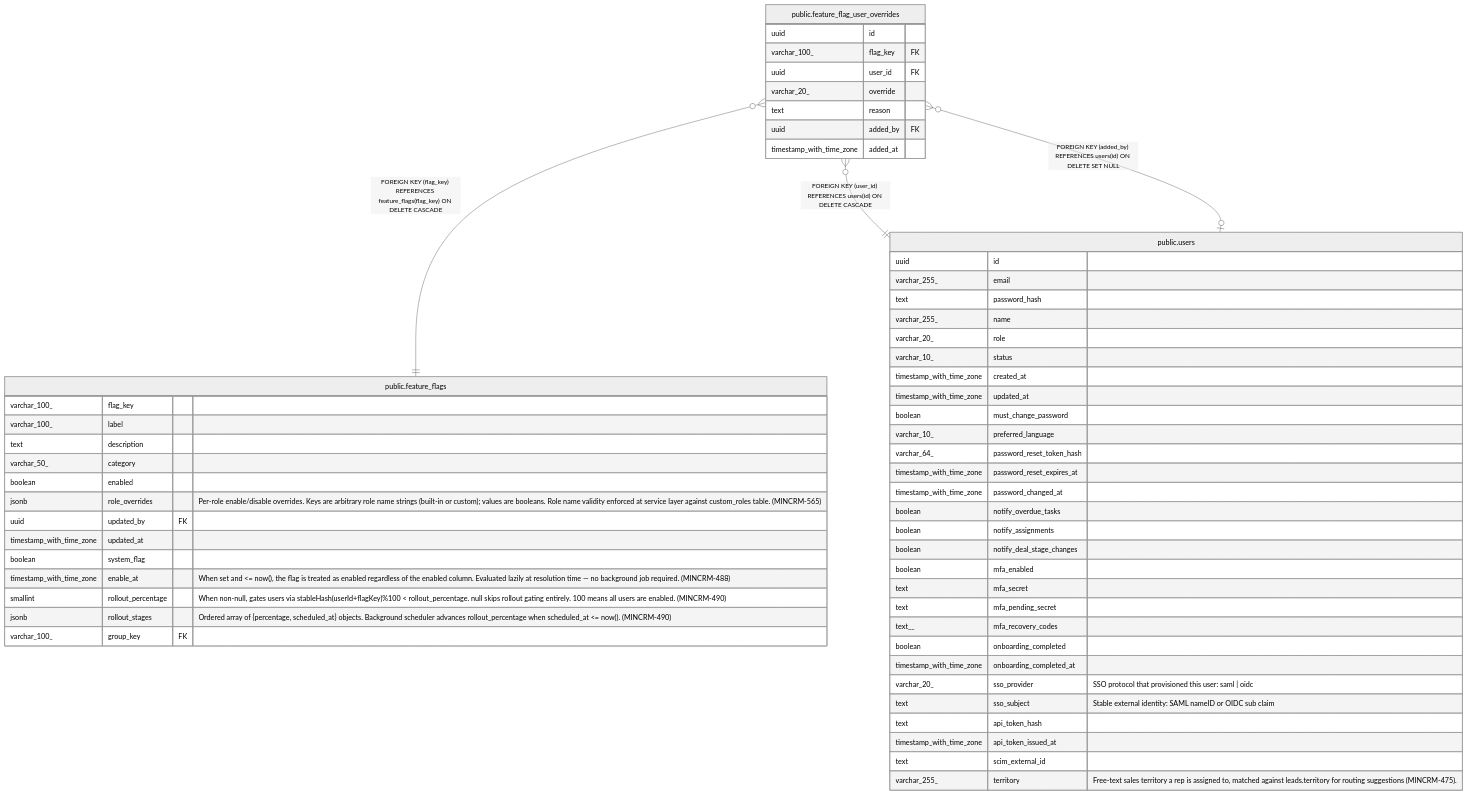
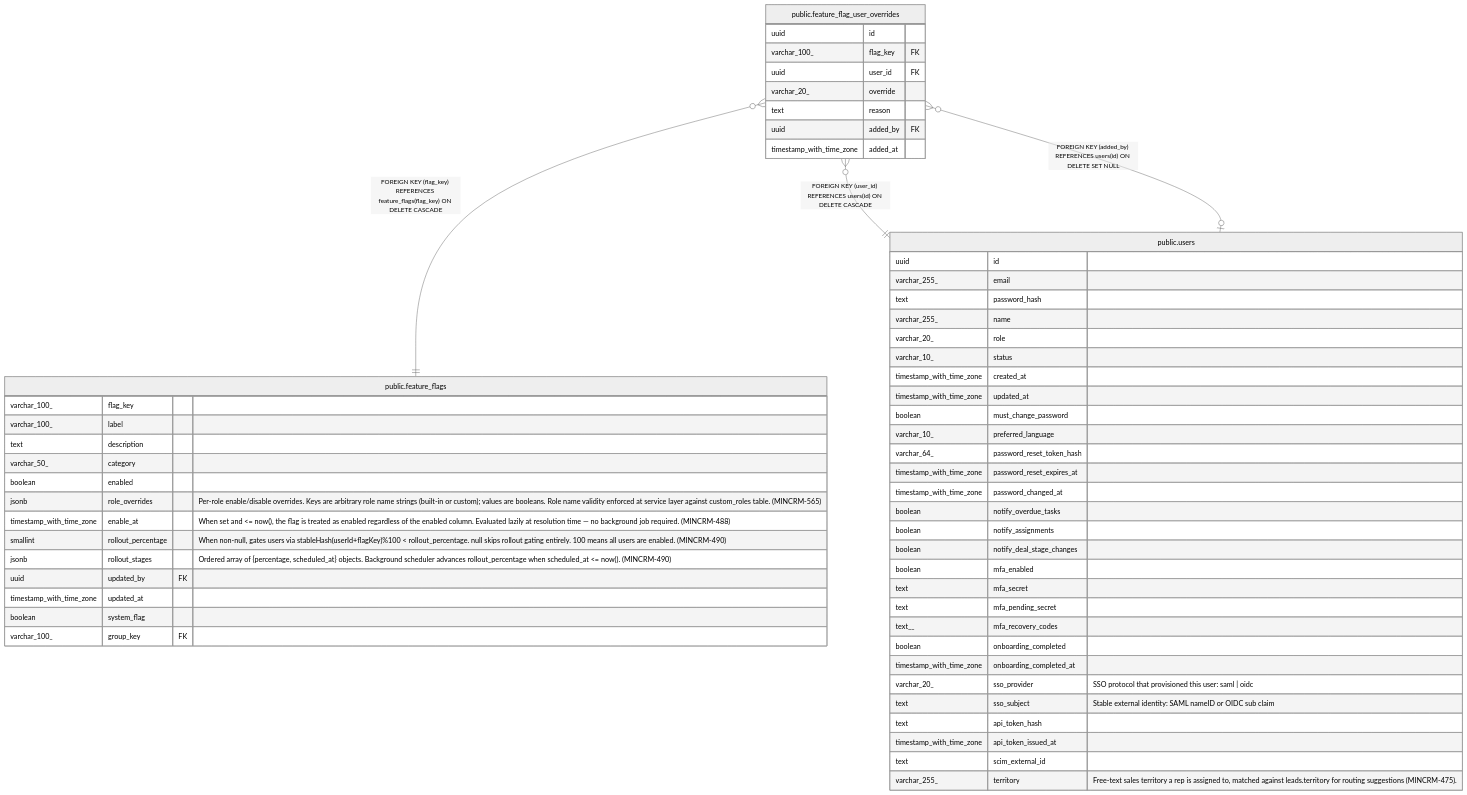
One commit to rkseattle/minicrm changed the diagram in docs/schema/public.feature_flag_user_overrides.md. Above: the diagram before and after it, drawn with Mermaid (neutral theme). The commit also changed other lines of this file and 27 other files, not shown here.

````diff
--- a/docs/schema/public.feature_flag_user_overrides.md
+++ b/docs/schema/public.feature_flag_user_overrides.md
@@ -36,62 +36,62 @@
 ```mermaid
 erDiagram
 
 "public.feature_flag_user_overrides" }o--|| "public.feature_flags" : "FOREIGN KEY (flag_key) REFERENCES feature_flags(flag_key) ON DELETE CASCADE"
 "public.feature_flag_user_overrides" }o--|| "public.users" : "FOREIGN KEY (user_id) REFERENCES users(id) ON DELETE CASCADE"
 "public.feature_flag_user_overrides" }o--o| "public.users" : "FOREIGN KEY (added_by) REFERENCES users(id) ON DELETE SET NULL"
 
 "public.feature_flag_user_overrides" {
   uuid id ""
   varchar_100_ flag_key FK ""
   uuid user_id FK ""
   varchar_20_ override ""
   text reason ""
   uuid added_by FK ""
   timestamp_with_time_zone added_at ""
 }
 "public.feature_flags" {
   varchar_100_ flag_key ""
   varchar_100_ label ""
   text description ""
   varchar_50_ category ""
   boolean enabled ""
   jsonb role_overrides "Per-role enable/disable overrides. Keys are arbitrary role name strings (built-in or custom); values are booleans. Role name validity enforced at service layer against custom_roles table. (MINCRM-565)"
+  timestamp_with_time_zone enable_at "When set and <= now(), the flag is treated as enabled regardless of the enabled column. Evaluated lazily at resolution time — no background job required. (MINCRM-488)"
+  smallint rollout_percentage "When non-null, gates users via stableHash(userId+flagKey)%100 < rollout_percentage. null skips rollout gating entirely. 100 means all users are enabled. (MINCRM-490)"
+  jsonb rollout_stages "Ordered array of {percentage, scheduled_at} objects. Background scheduler advances rollout_percentage when scheduled_at <= now(). (MINCRM-490)"
   uuid updated_by FK ""
   timestamp_with_time_zone updated_at ""
   boolean system_flag ""
-  timestamp_with_time_zone enable_at "When set and <= now(), the flag is treated as enabled regardless of the enabled column. Evaluated lazily at resolution time — no background job required. (MINCRM-488)"
-  smallint rollout_percentage "When non-null, gates users via stableHash(userId+flagKey)%100 < rollout_percentage. null skips rollout gating entirely. 100 means all users are enabled. (MINCRM-490)"
-  jsonb rollout_stages "Ordered array of {percentage, scheduled_at} objects. Background scheduler advances rollout_percentage when scheduled_at <= now(). (MINCRM-490)"
   varchar_100_ group_key FK ""
 }
 "public.users" {
   uuid id ""
   varchar_255_ email ""
   text password_hash ""
   varchar_255_ name ""
   varchar_20_ role ""
   varchar_10_ status ""
   timestamp_with_time_zone created_at ""
   timestamp_with_time_zone updated_at ""
   boolean must_change_password ""
   varchar_10_ preferred_language ""
   varchar_64_ password_reset_token_hash ""
   timestamp_with_time_zone password_reset_expires_at ""
   timestamp_with_time_zone password_changed_at ""
   boolean notify_overdue_tasks ""
   boolean notify_assignments ""
   boolean notify_deal_stage_changes ""
   boolean mfa_enabled ""
   text mfa_secret ""
   text mfa_pending_secret ""
   text__ mfa_recovery_codes ""
   boolean onboarding_completed ""
   timestamp_with_time_zone onboarding_completed_at ""
   varchar_20_ sso_provider "SSO protocol that provisioned this user: saml | oidc"
   text sso_subject "Stable external identity: SAML nameID or OIDC sub claim"
   text api_token_hash ""
   timestamp_with_time_zone api_token_issued_at ""
   text scim_external_id ""
   varchar_255_ territory "Free-text sales territory a rep is assigned to, matched against leads.territory for routing suggestions (MINCRM-475)."
 }
 ```
````
